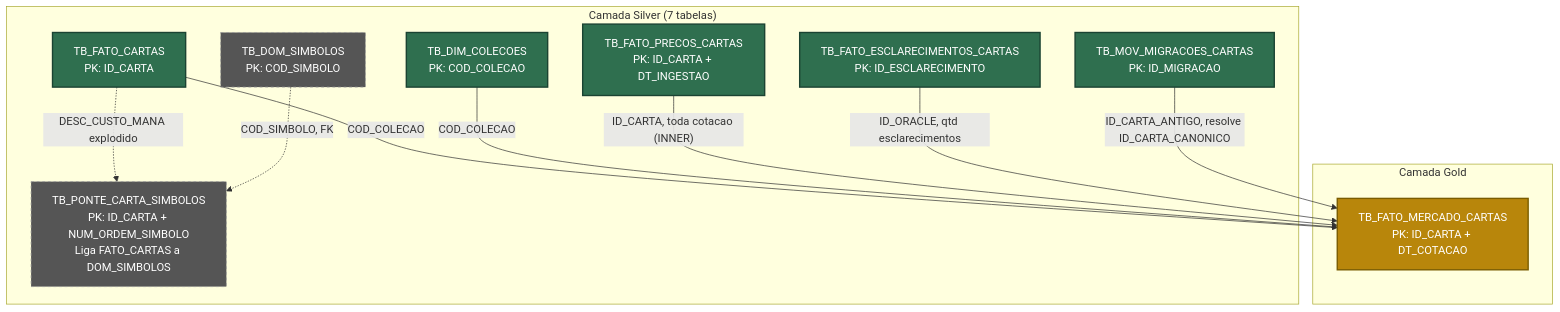
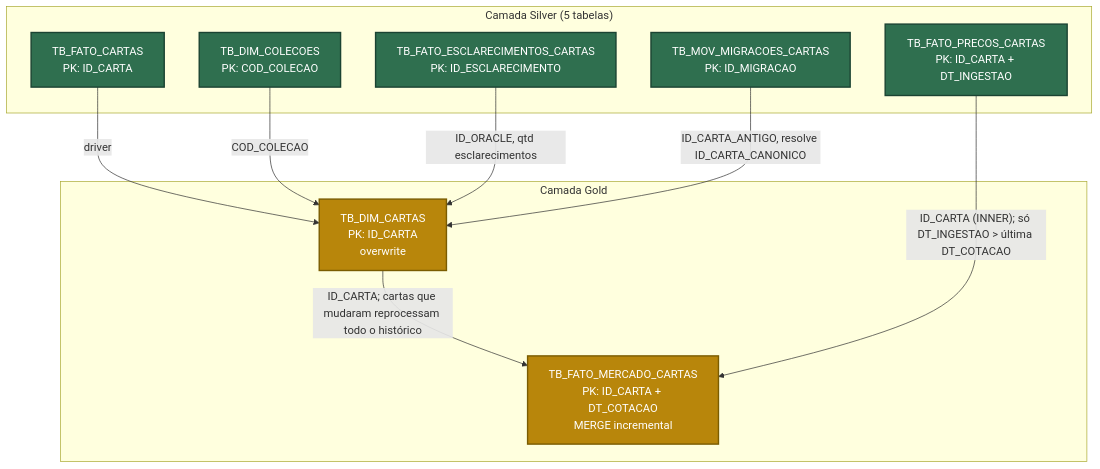
The diagram in src/04 - Gold/Readme.md (scudellerlemos/pipeline-databricks-mtg-prd), drawn with Mermaid before and after one commit. The commit also changed other lines of this file and 50 other files, not shown here.

````diff
--- a/src/04 - Gold/Readme.md
+++ b/src/04 - Gold/Readme.md
@@ -14,33 +14,28 @@
 ```mermaid
 graph TD
-    subgraph SILVER["Camada Silver (7 tabelas)"]
+    subgraph SILVER["Camada Silver (5 tabelas)"]
         FATO_CARTAS["TB_FATO_CARTAS<br/>PK: ID_CARTA"]
         DIM_COLECOES["TB_DIM_COLECOES<br/>PK: COD_COLECAO"]
         FATO_PRECOS["TB_FATO_PRECOS_CARTAS<br/>PK: ID_CARTA + DT_INGESTAO"]
         FATO_ESCLARECIMENTOS["TB_FATO_ESCLARECIMENTOS_CARTAS<br/>PK: ID_ESCLARECIMENTO"]
         MOV_MIGRACOES["TB_MOV_MIGRACOES_CARTAS<br/>PK: ID_MIGRACAO"]
-        DOM_SIMBOLOS["TB_DOM_SIMBOLOS<br/>PK: COD_SIMBOLO"]
-        PONTE_SIMBOLOS["TB_PONTE_CARTA_SIMBOLOS<br/>PK: ID_CARTA + NUM_ORDEM_SIMBOLO<br/>Liga FATO_CARTAS a DOM_SIMBOLOS"]
     end
 
     subgraph GOLD["Camada Gold"]
-        GOLD_MERCADO["TB_FATO_MERCADO_CARTAS<br/>PK: ID_CARTA + DT_COTACAO"]
+        GOLD_DIM["TB_DIM_CARTAS<br/>PK: ID_CARTA<br/>overwrite"]
+        GOLD_MERCADO["TB_FATO_MERCADO_CARTAS<br/>PK: ID_CARTA + DT_COTACAO<br/>MERGE incremental"]
     end
 
-    FATO_CARTAS -->|"COD_COLECAO"| GOLD_MERCADO
-    DIM_COLECOES -->|"COD_COLECAO"| GOLD_MERCADO
-    FATO_PRECOS -->|"ID_CARTA, toda cotacao (INNER)"| GOLD_MERCADO
-    FATO_ESCLARECIMENTOS -->|"ID_ORACLE, qtd esclarecimentos"| GOLD_MERCADO
-    MOV_MIGRACOES -->|"ID_CARTA_ANTIGO, resolve ID_CARTA_CANONICO"| GOLD_MERCADO
-
-    FATO_CARTAS -.->|"DESC_CUSTO_MANA explodido"| PONTE_SIMBOLOS
-    DOM_SIMBOLOS -.->|"COD_SIMBOLO, FK"| PONTE_SIMBOLOS
+    FATO_CARTAS -->|"driver"| GOLD_DIM
+    DIM_COLECOES -->|"COD_COLECAO"| GOLD_DIM
+    FATO_ESCLARECIMENTOS -->|"ID_ORACLE, qtd esclarecimentos"| GOLD_DIM
+    MOV_MIGRACOES -->|"ID_CARTA_ANTIGO, resolve ID_CARTA_CANONICO"| GOLD_DIM
+    GOLD_DIM -->|"ID_CARTA; cartas que mudaram reprocessam todo o histórico"| GOLD_MERCADO
+    FATO_PRECOS -->|"ID_CARTA (INNER); só DT_INGESTAO > última DT_COTACAO"| GOLD_MERCADO
 
     classDef used fill:#2f6f4f,stroke:#1b4332,color:#ffffff,stroke-width:2px;
     classDef gold fill:#b8860b,stroke:#7a5c00,color:#ffffff,stroke-width:2px;
-    classDef unused fill:#555555,stroke:#999999,color:#ffffff,stroke-dasharray:4 4;
 
     class FATO_CARTAS,DIM_COLECOES,FATO_PRECOS,FATO_ESCLARECIMENTOS,MOV_MIGRACOES used;
-    class GOLD_MERCADO gold;
-    class DOM_SIMBOLOS,PONTE_SIMBOLOS unused;
+    class GOLD_DIM,GOLD_MERCADO gold;
 ```
````
